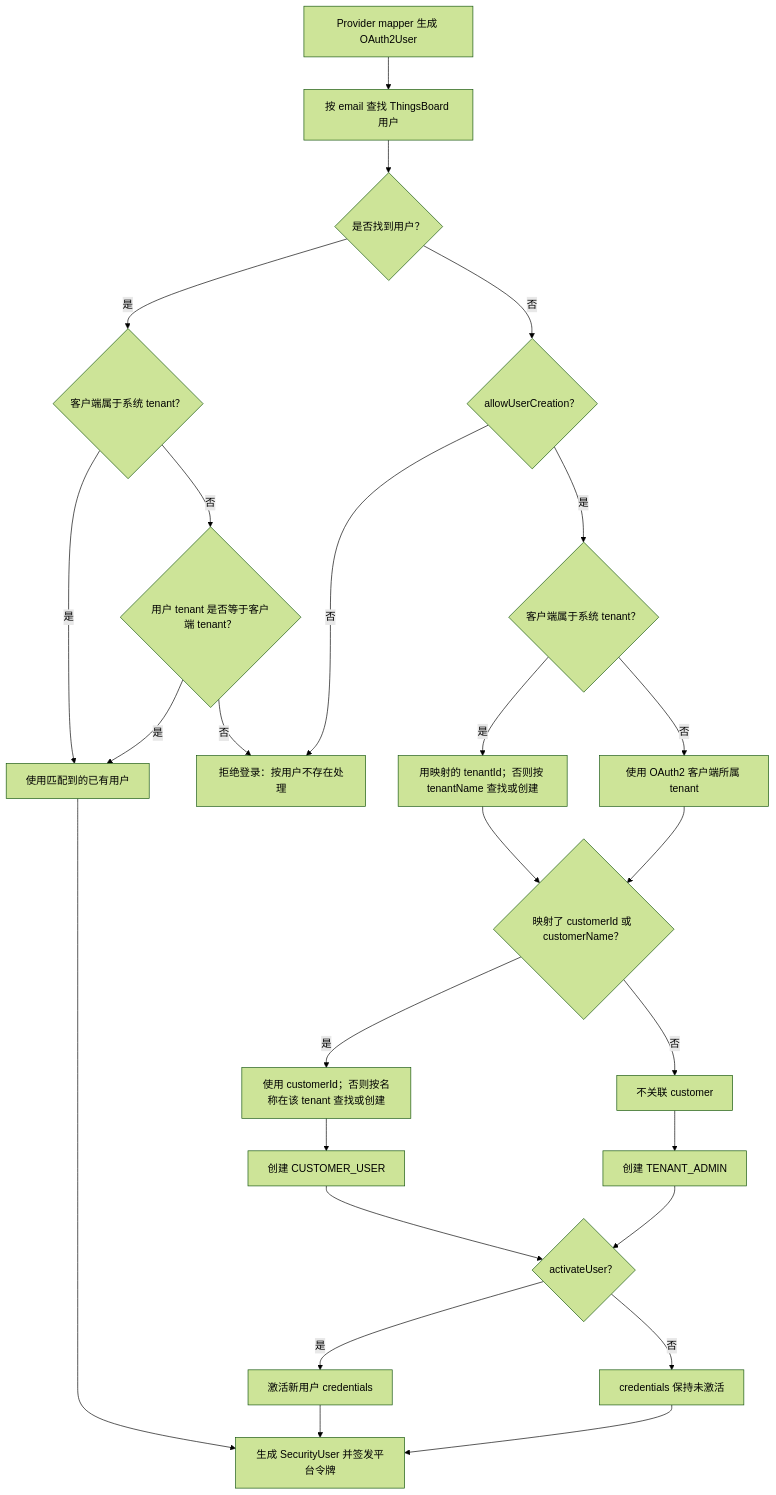
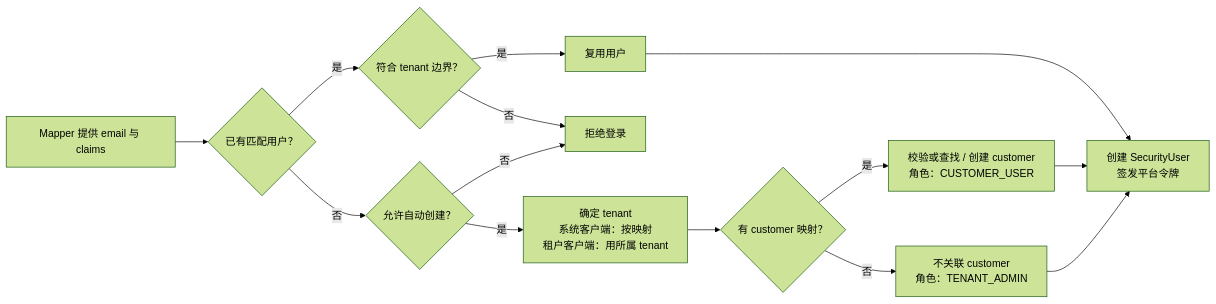
One commit to zhijunio/zhijunio.github.io changed the fifth of 5 diagrams in content/posts/iot/2026-10-27-ThingsBoard OAuth2 登录源码解析：新手从授权码到平台 JWT.md. Above: the diagram before and after it, drawn with Mermaid (forest theme). The commit also changed other lines of this file, not shown here.

````diff
--- a/content/posts/iot/2026-10-27-ThingsBoard OAuth2 登录源码解析：新手从授权码到平台 JWT.md
+++ b/content/posts/iot/2026-10-27-ThingsBoard OAuth2 登录源码解析：新手从授权码到平台 JWT.md
@@ -246,28 +284,16 @@
 ```mermaid
-flowchart TD
-    A[Provider mapper 生成 OAuth2User] --> B[按 email 查找 ThingsBoard 用户]
-    B --> C{是否找到用户？}
-    C -- 是 --> D{客户端属于系统 tenant？}
-    D -- 是 --> H[使用匹配到的已有用户]
-    D -- 否 --> E{用户 tenant 是否等于客户端 tenant？}
-    E -- 是 --> H
-    E -- 否 --> X[拒绝登录：按用户不存在处理]
-    C -- 否 --> F{allowUserCreation？}
-    F -- 否 --> X
-    F -- 是 --> G{客户端属于系统 tenant？}
-    G -- 是 --> I[用映射的 tenantId；否则按 tenantName 查找或创建]
-    G -- 否 --> J[使用 OAuth2 客户端所属 tenant]
-    I --> K{映射了 customerId 或 customerName？}
-    J --> K
-    K -- 是 --> L[使用 customerId；否则按名称在该 tenant 查找或创建]
-    K -- 否 --> M[不关联 customer]
-    L --> N[创建 CUSTOMER_USER]
-    M --> O[创建 TENANT_ADMIN]
-    N --> P{activateUser？}
-    O --> P
-    P -- 是 --> Q[激活新用户 credentials]
-    P -- 否 --> R[credentials 保持未激活]
-    Q --> S[生成 SecurityUser 并签发平台令牌]
-    R --> S
-    H --> S
+flowchart LR
+    A[Mapper 提供 email 与 claims] --> B{已有匹配用户？}
+    B -- 是 --> C{符合 tenant 边界？}
+    C -- 是 --> R[复用用户]
+    C -- 否 --> X[拒绝登录]
+    B -- 否 --> D{允许自动创建？}
+    D -- 否 --> X
+    D -- 是 --> E[确定 tenant<br/>系统客户端：按映射<br/>租户客户端：用所属 tenant]
+    E --> F{有 customer 映射？}
+    F -- 是 --> G[校验或查找 / 创建 customer<br/>角色：CUSTOMER_USER]
+    F -- 否 --> H[不关联 customer<br/>角色：TENANT_ADMIN]
+    R --> I[创建 SecurityUser<br/>签发平台令牌]
+    G --> I
+    H --> I
 ```
````
